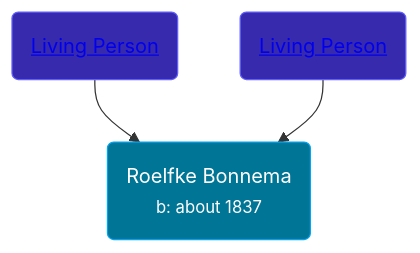
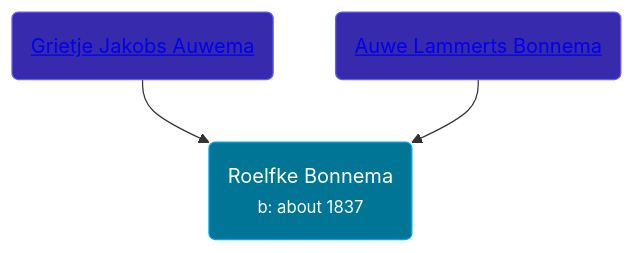
Before and after one commit to wpmgotkh/wpmgotkh.github.io: the diagram in pages/people/6/6778152.md, drawn with Mermaid. The commit also changed other lines of this file and 586 other files, not shown here.

Commit message:
feat: better shouldConsiderPersonLiving algo

````diff
--- a/pages/people/6/6778152.md
+++ b/pages/people/6/6778152.md
@@ -10,9 +10,9 @@
 ```mermaid
 graph
 classDef grands fill:#193cb8,stroke:#2b7fff,stroke-width:1px,color:#fff;
 classDef parents fill:#372aac,stroke:#615fff,stroke-width:1px,color:#fff;
 classDef primary fill:#007595,stroke:#00a6f4,stroke-width:1px,color:#fff;
 6778152(Roelfke Bonnema<br /><small>b: about 1837</small>):::primary
-85927182(<a class="text-white" href="/people/8/85927182">Living Person</a>):::parents-->6778152
-98226424(<a class="text-white" href="/people/9/98226424">Living Person</a>):::parents-->6778152
+85927182(<a class="text-white" href="/people/8/85927182">Grietje Jakobs Auwema</a>):::parents-->6778152
+98226424(<a class="text-white" href="/people/9/98226424">Auwe Lammerts Bonnema</a>):::parents-->6778152
 ```
````
